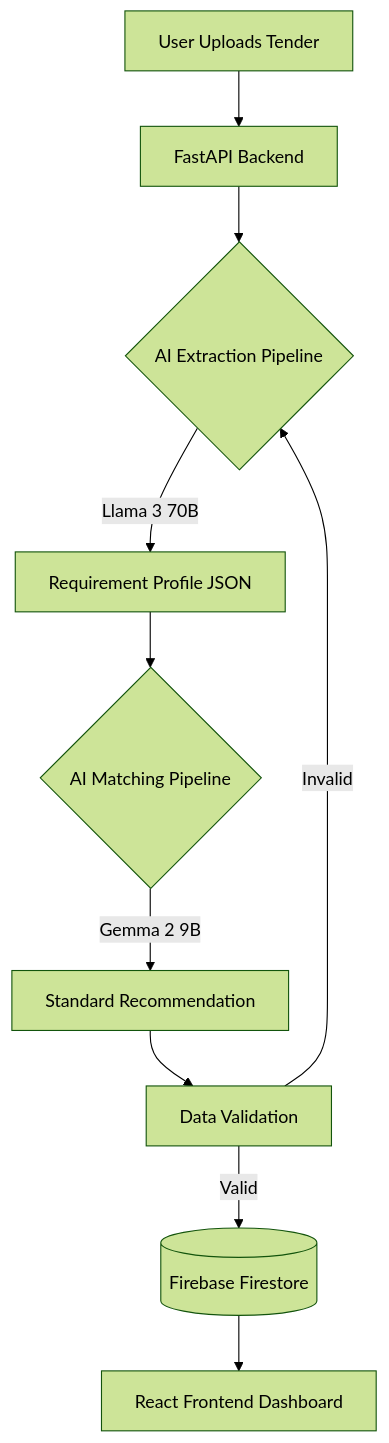
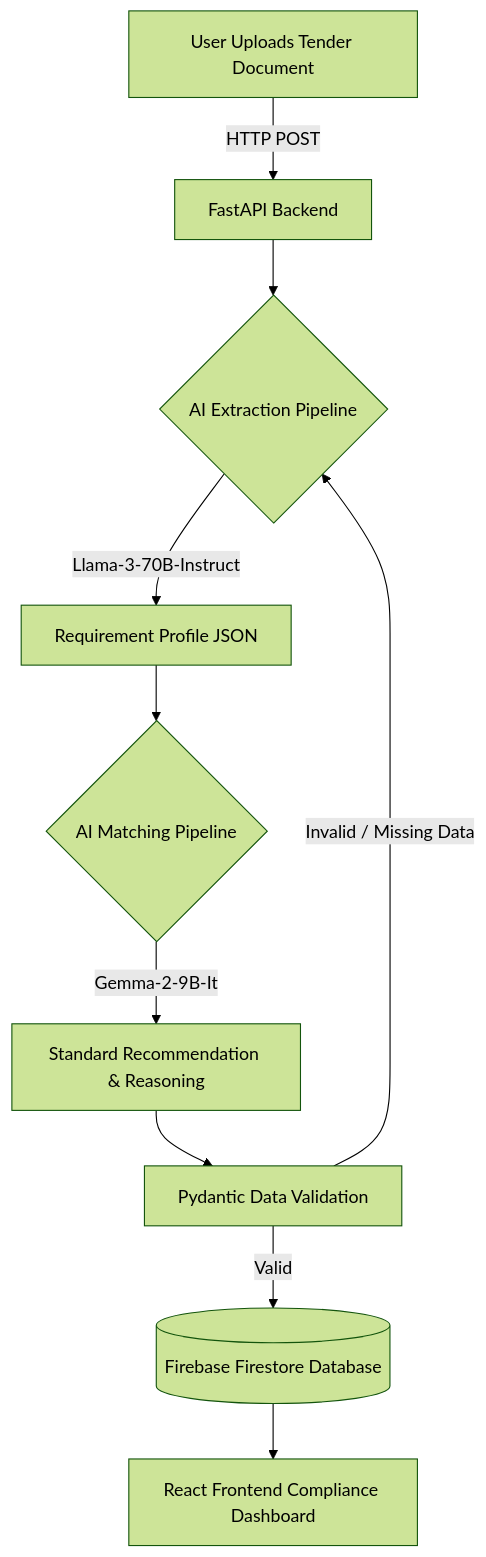
The diagram in README.md (AakshayDhoke-lang/BharatStandards_Ai), drawn with Mermaid (forest theme) before and after one commit. The commit also changed other lines of this file, not shown here.

````diff
--- a/README.md
+++ b/README.md
@@ -37,12 +68,12 @@
 ```mermaid
 graph TD
-    A[User Uploads Tender] --> B[FastAPI Backend]
+    A[User Uploads Tender Document] -->|HTTP POST| B[FastAPI Backend]
     B --> C{AI Extraction Pipeline}
-    C -->|Llama 3 70B| D[Requirement Profile JSON]
+    C -->|Llama-3-70B-Instruct| D[Requirement Profile JSON]
     D --> E{AI Matching Pipeline}
-    E -->|Gemma 2 9B| F[Standard Recommendation]
-    F --> G[Data Validation]
-    G -->|Valid| H[(Firebase Firestore)]
-    G -->|Invalid| C
-    H --> I[React Frontend Dashboard]
+    E -->|Gemma-2-9B-It| F[Standard Recommendation & Reasoning]
+    F --> G[Pydantic Data Validation]
+    G -->|Valid| H[(Firebase Firestore Database)]
+    G -->|Invalid / Missing Data| C
+    H --> I[React Frontend Compliance Dashboard]
 ```
````
